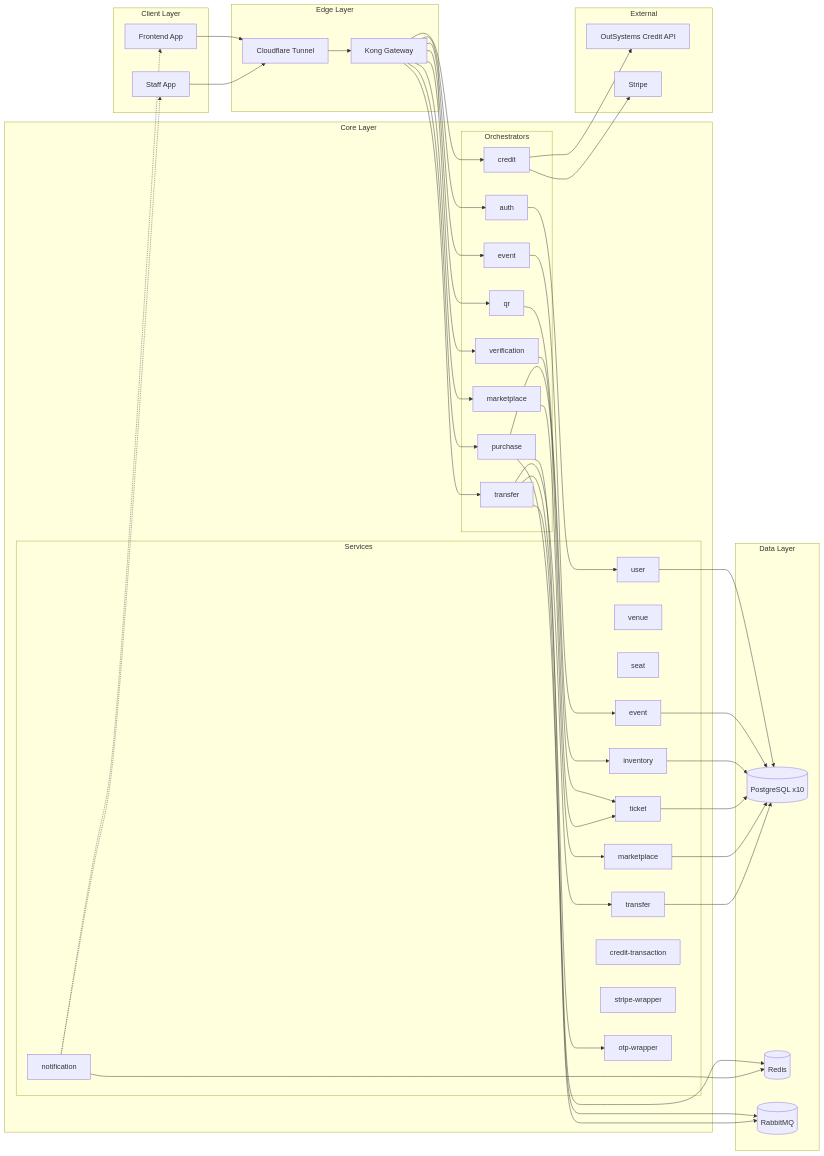
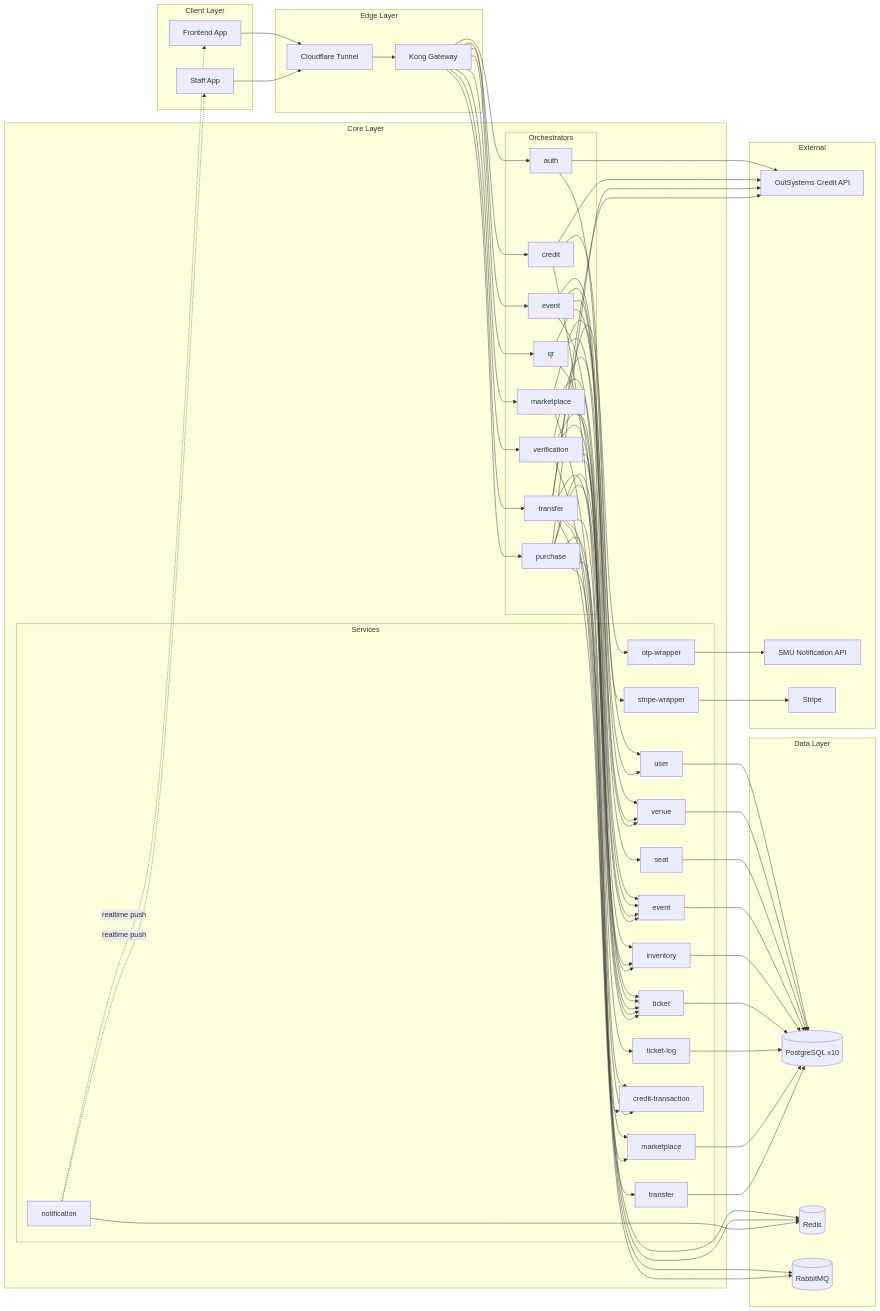
Before and after one commit to bryanseah234/ticketremaster-b: the second of 2 diagrams in diagrams/README (2).md, drawn with Mermaid. The commit also changed other lines of this file and 50 other files, not shown here.

````diff
--- a/diagrams/README (2).md
+++ b/diagrams/README (2).md
@@ -125,6 +123,7 @@
             EVENT_SVC[event]
             INVENTORY[inventory]
             TICKET[ticket]
+            TICKET_LOG[ticket-log]
             MARKET_SVC[marketplace]
             TRANSFER_SVC[transfer]
             CREDIT_TXN[credit-transaction]
@@ -142,6 +141,7 @@
 
     subgraph External[External]
         OUTSYS[OutSystems Credit API]
+        SMU[SMU Notification API]
         STRIPE_EXT[Stripe]
     end
 
@@ -158,29 +158,52 @@
     KONG --> VERIFY
 
     AUTH --> USER
+    AUTH --> OUTSYS
+    EVENT --> VENUE
+    EVENT --> SEAT
     EVENT --> EVENT_SVC
+    EVENT --> INVENTORY
+    CREDIT --> STRIPE
+    CREDIT --> CREDIT_TXN
+    CREDIT --> OUTSYS
     PURCHASE --> INVENTORY
+    PURCHASE --> TICKET
+    PURCHASE --> CREDIT_TXN
+    PURCHASE --> OUTSYS
+    PURCHASE --> REDIS
+    PURCHASE --> RABBIT
     QR --> TICKET
+    QR --> EVENT_SVC
+    QR --> VENUE
     MARKET --> MARKET_SVC
+    MARKET --> TICKET
+    MARKET --> EVENT_SVC
+    MARKET --> USER
     TRANSFER --> TRANSFER_SVC
+    TRANSFER --> MARKET_SVC
+    TRANSFER --> TICKET
+    TRANSFER --> CREDIT_TXN
     TRANSFER --> OTP
+    TRANSFER --> OUTSYS
+    TRANSFER --> RABBIT
     VERIFY --> TICKET
-
+    VERIFY --> TICKET_LOG
+    VERIFY --> EVENT_SVC
+    VERIFY --> VENUE
+    VERIFY --> INVENTORY
+    VERIFY --> REDIS
+    OTP --> SMU
+    STRIPE --> STRIPE_EXT
+    NOTIF --> REDIS
+    NOTIF -. realtime push .-> FE
+    NOTIF -. realtime push .-> STAFF
     USER --> PG
+    VENUE --> PG
+    SEAT --> PG
     EVENT_SVC --> PG
     INVENTORY --> PG
     TICKET --> PG
+    TICKET_LOG --> PG
     MARKET_SVC --> PG
     TRANSFER_SVC --> PG
-
-    PURCHASE --> REDIS
-    NOTIF --> REDIS
-    PURCHASE --> RABBIT
-    TRANSFER --> RABBIT
-
-    CREDIT --> OUTSYS
-    CREDIT --> STRIPE_EXT
-
-    NOTIF -.-> FE
-    NOTIF -.-> STAFF
 ```
````
